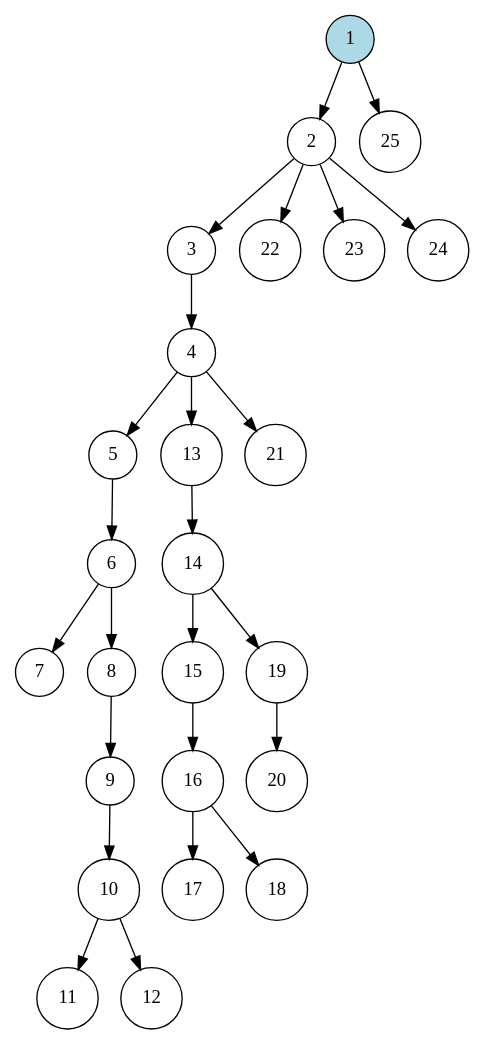
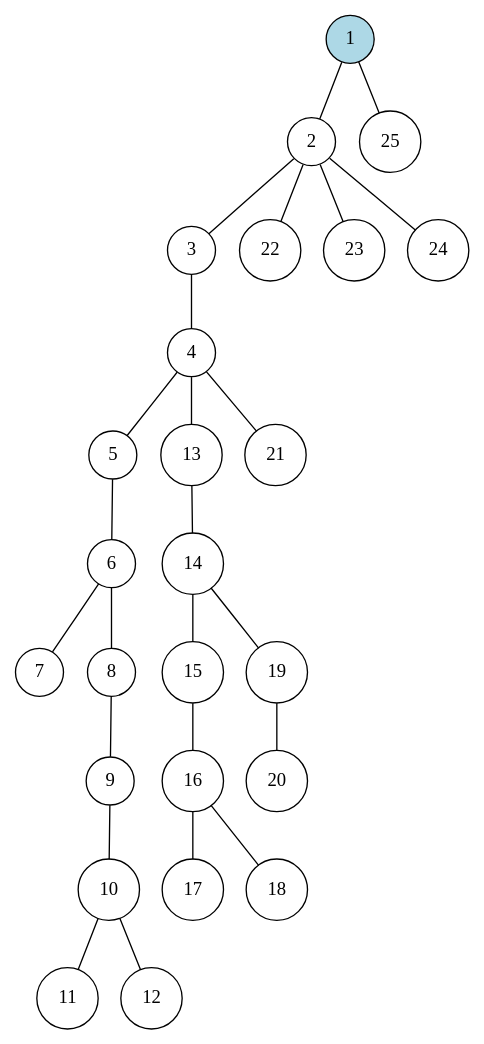
One commit to goga-59/tree-reconstruction changed the diagram in results/dot/random-25.dot. Above: the diagram before and after it, drawn with Graphviz. The commit also changed 22 other files, not shown here.

```diff
--- a/results/dot/random-25.dot
+++ b/results/dot/random-25.dot
@@ -1,29 +1,28 @@
-digraph Tree {
-	graph [ordering=out];
+graph Tree {
 	node [shape=circle];
 	1 [style=filled, fillcolor=lightblue];
-	1 -> 2;
-	2 -> 3;
-	3 -> 4;
-	4 -> 5;
-	5 -> 6;
-	6 -> 7;
-	6 -> 8;
-	8 -> 9;
-	9 -> 10;
-	10 -> 11;
-	10 -> 12;
-	4 -> 13;
-	13 -> 14;
-	14 -> 15;
-	15 -> 16;
-	16 -> 17;
-	16 -> 18;
-	14 -> 19;
-	19 -> 20;
-	4 -> 21;
-	2 -> 22;
-	2 -> 23;
-	2 -> 24;
-	1 -> 25;
+	1 -- 2;
+	2 -- 3;
+	3 -- 4;
+	4 -- 5;
+	5 -- 6;
+	6 -- 7;
+	6 -- 8;
+	8 -- 9;
+	9 -- 10;
+	10 -- 11;
+	10 -- 12;
+	4 -- 13;
+	13 -- 14;
+	14 -- 15;
+	15 -- 16;
+	16 -- 17;
+	16 -- 18;
+	14 -- 19;
+	19 -- 20;
+	4 -- 21;
+	2 -- 22;
+	2 -- 23;
+	2 -- 24;
+	1 -- 25;
 }
```
